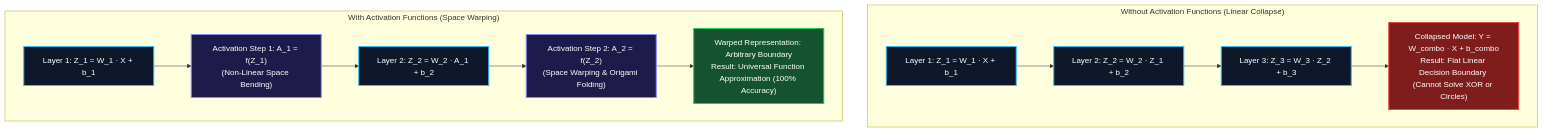
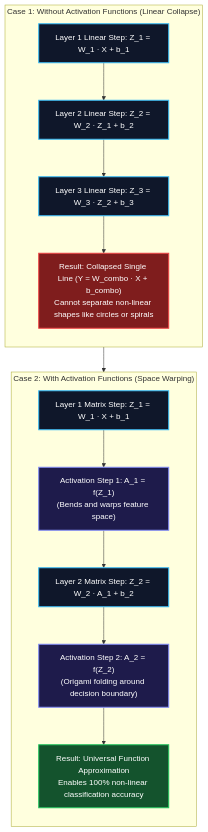
One commit to narenandu/narenvadapalli_dot_com changed the first of 2 diagrams in contents/blog/0074-demystifying-activation-functions-non-linearity-types-use-cases/index.md. Above: the diagram before and after it, drawn with Mermaid. The commit also changed other lines of this file, not shown here.

Commit message:
style(blog): refactor Mermaid diagrams in post 0074 to strict top-down vertical layout

````diff
--- a/contents/blog/0074-demystifying-activation-functions-non-linearity-types-use-cases/index.md
+++ b/contents/blog/0074-demystifying-activation-functions-non-linearity-types-use-cases/index.md
@@ -56,39 +54,38 @@
 ```mermaid
 flowchart TD
     direction TB
 
-    subgraph LinearStack ["Without Activation Functions (Linear Collapse)"]
-        L1["Layer 1: Z_1 = W_1 · X + b_1"]
-        L2["Layer 2: Z_2 = W_2 · Z_1 + b_2"]
-        L3["Layer 3: Z_3 = W_3 · Z_2 + b_3"]
-        COLLAPSE["Collapsed Model: Y = W_combo · X + b_combo<br/>Result: Flat Linear Decision Boundary (Cannot Solve XOR or Circles)"]
+    subgraph LinearStack ["Case 1: Without Activation Functions (Linear Collapse)"]
+        direction TB
+        L1["Layer 1 Linear Step: Z_1 = W_1 · X + b_1"]
+        L2["Layer 2 Linear Step: Z_2 = W_2 · Z_1 + b_2"]
+        L3["Layer 3 Linear Step: Z_3 = W_3 · Z_2 + b_3"]
+        COLLAPSE["Result: Collapsed Single Line (Y = W_combo · X + b_combo)<br/>Cannot separate non-linear shapes like circles or spirals"]
+
+        L1 --> L2 --> L3 --> COLLAPSE
     end
 
-    subgraph NonLinearStack ["With Activation Functions (Space Warping)"]
-        N1["Layer 1: Z_1 = W_1 · X + b_1"]
-        ACT1["Activation Step 1: A_1 = f(Z_1)<br/>(Non-Linear Space Bending)"]
-        N2["Layer 2: Z_2 = W_2 · A_1 + b_2"]
-        ACT2["Activation Step 2: A_2 = f(Z_2)<br/>(Space Warping & Origami Folding)"]
-        WARP["Warped Representation: Arbitrary Boundary<br/>Result: Universal Function Approximation (100% Accuracy)"]
+    subgraph NonLinearStack ["Case 2: With Activation Functions (Space Warping)"]
+        direction TB
+        N1["Layer 1 Matrix Step: Z_1 = W_1 · X + b_1"]
+        ACT1["Activation Step 1: A_1 = f(Z_1)<br/>(Bends and warps feature space)"]
+        N2["Layer 2 Matrix Step: Z_2 = W_2 · A_1 + b_2"]
+        ACT2["Activation Step 2: A_2 = f(Z_2)<br/>(Origami folding around decision boundary)"]
+        WARP["Result: Universal Function Approximation<br/>Enables 100% non-linear classification accuracy"]
+
+        N1 --> ACT1 --> N2 --> ACT2 --> WARP
     end
 
-    L1 --> L2
-    L2 --> L3
-    L3 --> COLLAPSE
-
-    N1 --> ACT1
-    ACT1 --> N2
-    N2 --> ACT2
-    ACT2 --> WARP
+    LinearStack --> NonLinearStack
 
     style L1 fill:#0f172a,stroke:#38bdf8,stroke-width:2px,color:#ffffff
     style L2 fill:#0f172a,stroke:#38bdf8,stroke-width:2px,color:#ffffff
     style L3 fill:#0f172a,stroke:#38bdf8,stroke-width:2px,color:#ffffff
     style COLLAPSE fill:#7f1d1d,stroke:#ef4444,stroke-width:2px,color:#ffffff
 
     style N1 fill:#0f172a,stroke:#38bdf8,stroke-width:2px,color:#ffffff
     style ACT1 fill:#1e1b4b,stroke:#818cf8,stroke-width:2px,color:#ffffff
     style N2 fill:#0f172a,stroke:#38bdf8,stroke-width:2px,color:#ffffff
     style ACT2 fill:#1e1b4b,stroke:#818cf8,stroke-width:2px,color:#ffffff
     style WARP fill:#14532d,stroke:#22c55e,stroke-width:2px,color:#ffffff
 ```
````
